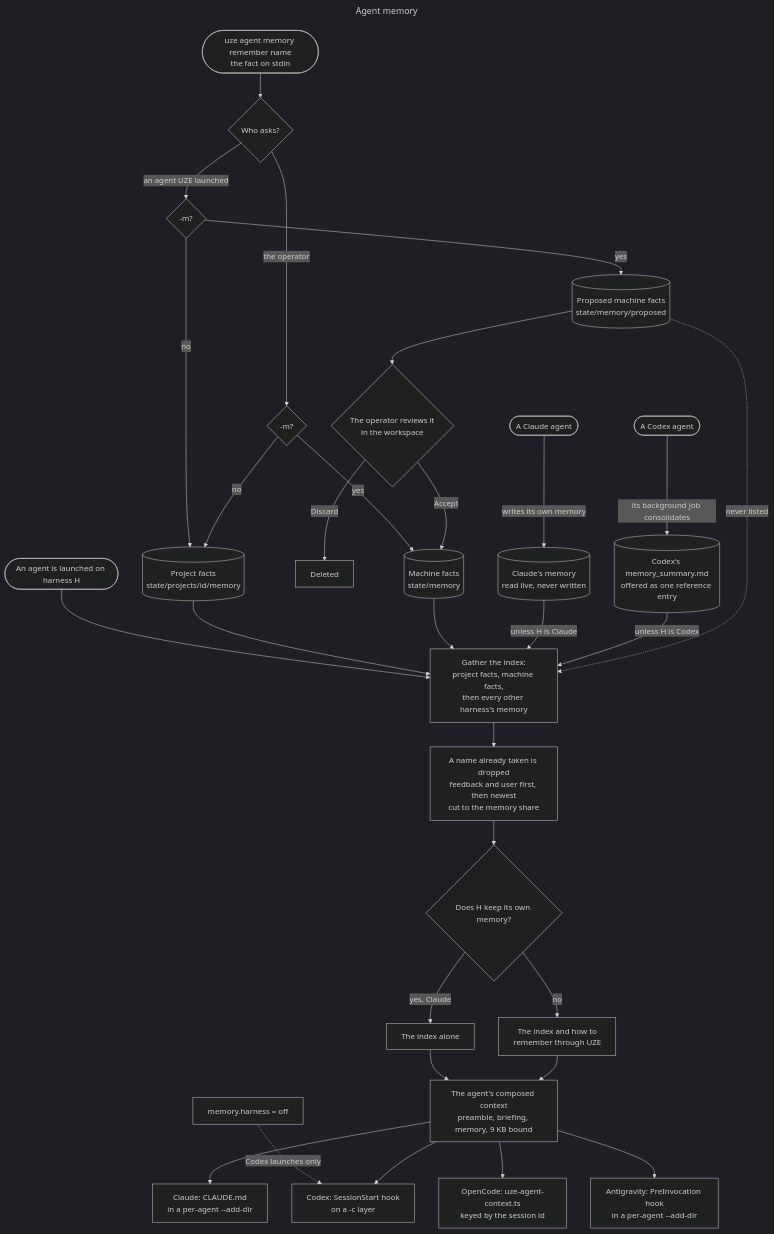
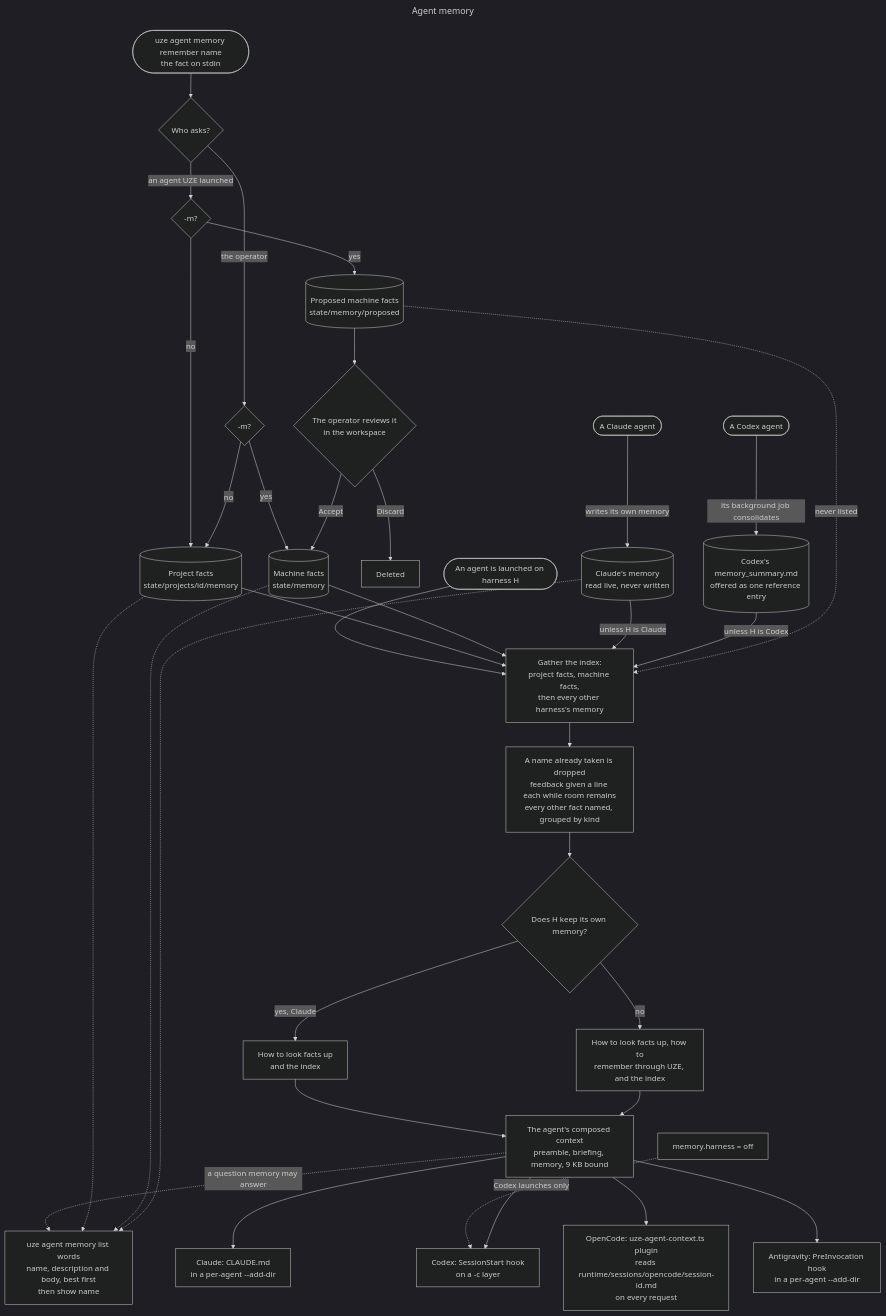
The diagram in docs/architecture/agent-memory.mmd (uze-sh/uze), drawn with Mermaid (dark theme) before and after one commit. The commit also changed 17 other files, not shown here.

First line of the commit message:
feat(memory): replace the truncated agent index with fact names and `uze agent memory list <words>`

```diff
--- a/docs/architecture/agent-memory.mmd
+++ b/docs/architecture/agent-memory.mmd
@@ -1,49 +1,54 @@
 ---
 title: Agent memory
 ---
 flowchart TD
   click remember href "crates/uze-application/src/application/memory.rs"
   click projectFacts href "crates/uze-core/src/project/memory.rs"
   click proposals href "crates/uze-core/src/project/memory.rs"
   click review href "src/ui/orchestrator/proposal.rs"
   click claudeMemory href "crates/uze-integrations/src/claude/memory.rs"
   click codexSummary href "crates/uze-integrations/src/codex.rs"
   click gather href "crates/uze-application/src/application/memory.rs"
   click rank href "crates/uze-core/src/project/memory.rs"
   click compose href "crates/uze-workspace/src/agent_context.rs"
+  click lookup href "crates/uze-application/src/application/memory/find.rs"
   click memoryOff href "src/shim.rs"
   click viaClaude href "crates/uze-integrations/src/claude.rs"
   click viaCodex href "crates/uze-integrations/src/codex.rs"
   click viaOpencode href "crates/uze-integrations/src/opencode.rs"
   click viaAntigravity href "crates/uze-integrations/src/antigravity.rs"
 
   remember([uze agent memory remember name<br/>the fact on stdin]) --> caller{Who asks?}
   caller -->|an agent UZE launched| agentScope{-m?}
   caller -->|the operator| operatorScope{-m?}
   agentScope -->|no| projectFacts[(Project facts<br/>state/projects/id/memory)]
   agentScope -->|yes| proposals[(Proposed machine facts<br/>state/memory/proposed)]
   operatorScope -->|no| projectFacts
   operatorScope -->|yes| machineFacts[(Machine facts<br/>state/memory)]
   proposals --> review{The operator reviews it<br/>in the workspace}
   review -->|Accept| machineFacts
   review -->|Discard| discarded[Deleted]
   claudeAgent([A Claude agent]) -->|writes its own memory| claudeMemory[(Claude's memory<br/>read live, never written)]
   codexAgent([A Codex agent]) -->|its background job consolidates| codexSummary[(Codex's memory_summary.md<br/>offered as one reference entry)]
 
   launch([An agent is launched on harness H]) --> gather[Gather the index:<br/>project facts, machine facts,<br/>then every other harness's memory]
   projectFacts --> gather
   machineFacts --> gather
   claudeMemory -->|unless H is Claude| gather
   codexSummary -->|unless H is Codex| gather
   proposals -.->|never listed| gather
-  gather --> rank[A name already taken is dropped<br/>feedback and user first, then newest<br/>cut to the memory share]
+  gather --> rank[A name already taken is dropped<br/>feedback given a line each while room remains<br/>every other fact named, grouped by kind]
   rank --> writesOwn{Does H keep its own memory?}
-  writesOwn -->|yes, Claude| indexOnly[The index alone]
-  writesOwn -->|no| indexAndHow[The index and how to<br/>remember through UZE]
+  writesOwn -->|yes, Claude| indexOnly[How to look facts up<br/>and the index]
+  writesOwn -->|no| indexAndHow[How to look facts up, how to<br/>remember through UZE, and the index]
   indexOnly --> compose[The agent's composed context<br/>preamble, briefing, memory, 9 KB bound]
   indexAndHow --> compose
+  compose -.->|a question memory may answer| lookup[uze agent memory list words<br/>name, description and body, best first<br/>then show name]
+  projectFacts -.-> lookup
+  machineFacts -.-> lookup
+  claudeMemory -.-> lookup
   memoryOff[memory.harness = off] -.->|Codex launches only| viaCodex
   compose --> viaClaude[Claude: CLAUDE.md<br/>in a per-agent --add-dir]
   compose --> viaCodex[Codex: SessionStart hook<br/>on a -c layer]
-  compose --> viaOpencode[OpenCode: uze-agent-context.ts<br/>keyed by the session id]
+  compose --> viaOpencode[OpenCode: uze-agent-context.ts plugin<br/>reads runtime/sessions/opencode/session-id.md<br/>on every request]
   compose --> viaAntigravity[Antigravity: PreInvocation hook<br/>in a per-agent --add-dir]
```
